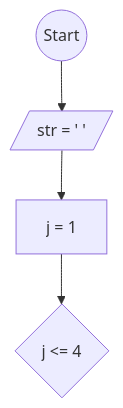
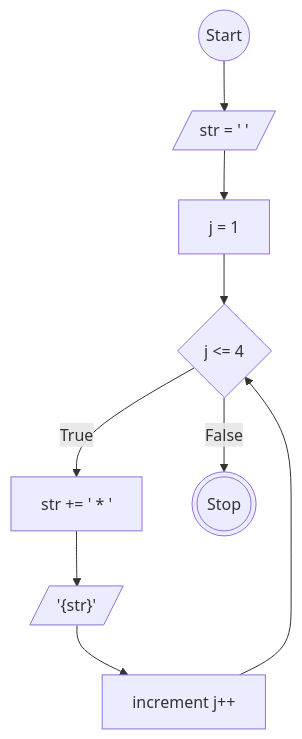
The diagram in while-doWhile.md (MuhamadRafliShidiq/koda-b8-homework1), drawn with Mermaid before and after one commit.

````diff
--- a/while-doWhile.md
+++ b/while-doWhile.md
@@ -6,15 +6,21 @@
 ```mermaid
 
    flowchart TD
    a@{ shape: circle, label: "Start" }
    b@{ shape: lean-r, label: " str = ' '" }
    c@{ shape: rect, label: " j = 1 " }
    d@{ shape: diamond, label: " j <= 4" }
-
-
-
-
+   e@{ shape: rect, label: " str += ' * '" }
+   g@{ shape: lean-r, label: " '{str}'" }
+   f@{ shape: rect, label: " increment j++" }
+   h@{ shape: dbl-circ, label: "Stop" }
 
     a --> b --> c --> d
 
+    d --True--> e --> g --> f
+    f --> d
+
+    d --False--> h
+
+
 ```
````
